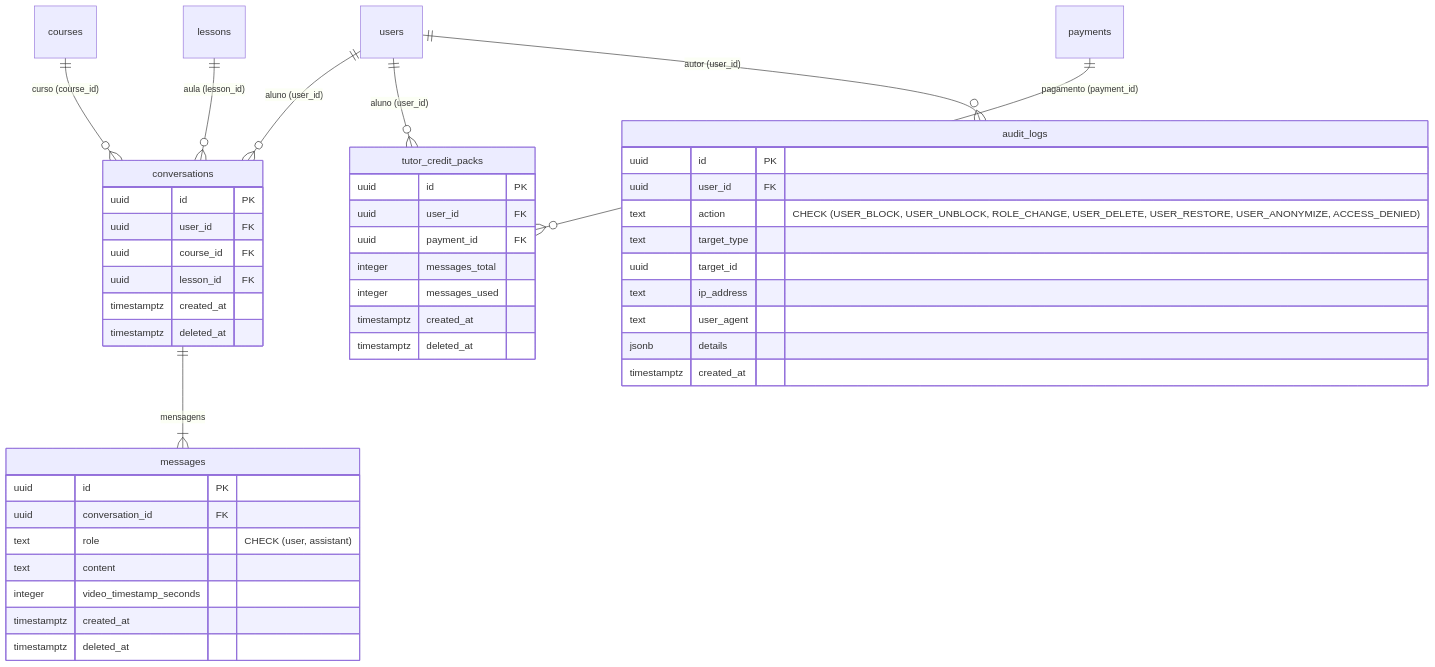
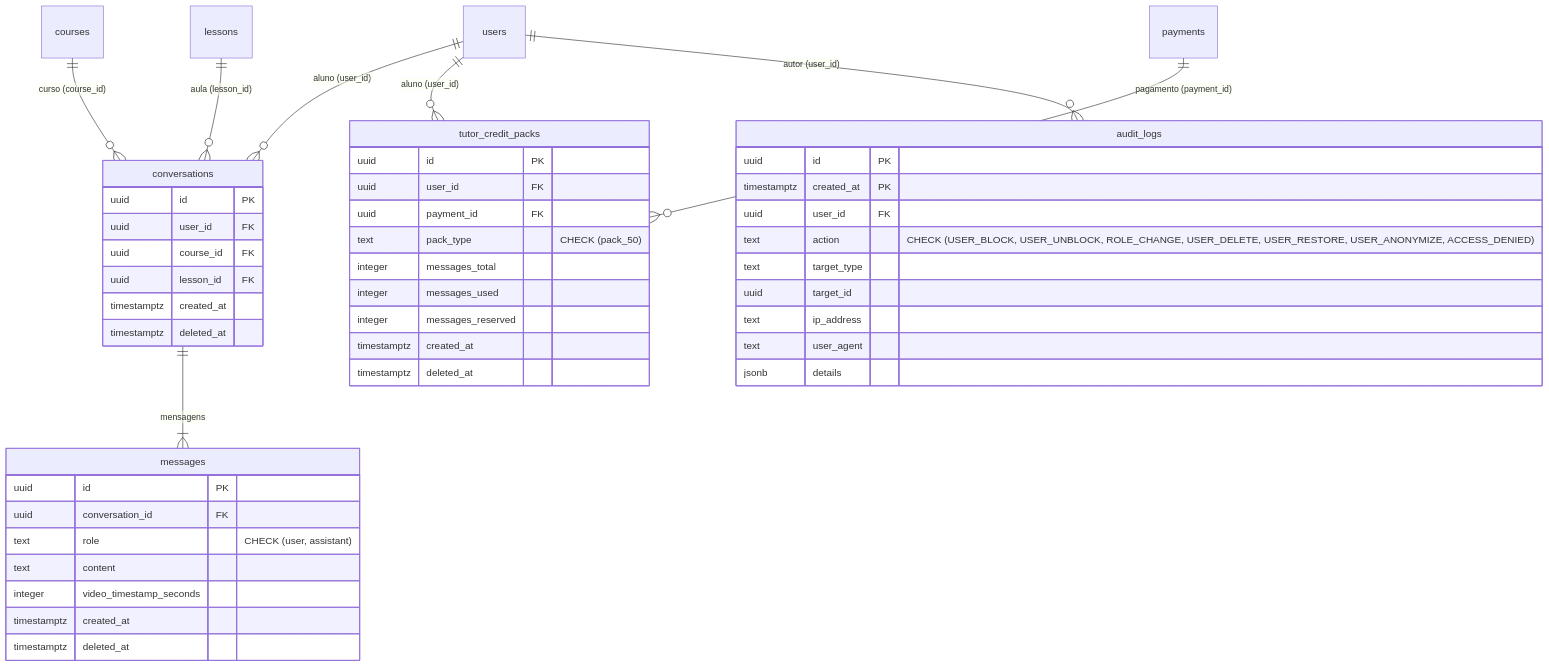
Before and after one commit to Plataforma-de-Cursos-TCC/plataforma-cursos-docs: the fifth of 10 diagrams in docs/tdd.md, drawn with Mermaid. The commit also changed other lines of this file and 30 other files, not shown here.

First line of the commit message:
fix(area-d): fix audit log key, tutor flow, admin boundary and LGPD retention

````diff
--- a/docs/tdd.md
+++ b/docs/tdd.md
@@ -338,51 +338,53 @@
 ```mermaid
 erDiagram
     users ||--o{ conversations : "aluno (user_id)"
     courses ||--o{ conversations : "curso (course_id)"
     lessons ||--o{ conversations : "aula (lesson_id)"
     conversations ||--|{ messages : "mensagens"
     users ||--o{ tutor_credit_packs : "aluno (user_id)"
     payments ||--o{ tutor_credit_packs : "pagamento (payment_id)"
     users ||--o{ audit_logs : "autor (user_id)"
 
     conversations {
         uuid id PK
         uuid user_id FK
         uuid course_id FK
         uuid lesson_id FK
         timestamptz created_at
         timestamptz deleted_at
     }
 
     messages {
         uuid id PK
         uuid conversation_id FK
         text role "CHECK (user, assistant)"
         text content
         integer video_timestamp_seconds
         timestamptz created_at
         timestamptz deleted_at
     }
 
     tutor_credit_packs {
         uuid id PK
         uuid user_id FK
         uuid payment_id FK
+        text pack_type "CHECK (pack_50)"
         integer messages_total
         integer messages_used
+        integer messages_reserved
         timestamptz created_at
         timestamptz deleted_at
     }
 
     audit_logs {
         uuid id PK
+        timestamptz created_at PK
         uuid user_id FK
         text action "CHECK (USER_BLOCK, USER_UNBLOCK, ROLE_CHANGE, USER_DELETE, USER_RESTORE, USER_ANONYMIZE, ACCESS_DENIED)"
         text target_type
         uuid target_id
         text ip_address
         text user_agent
         jsonb details
-        timestamptz created_at
     }
 ```
````
